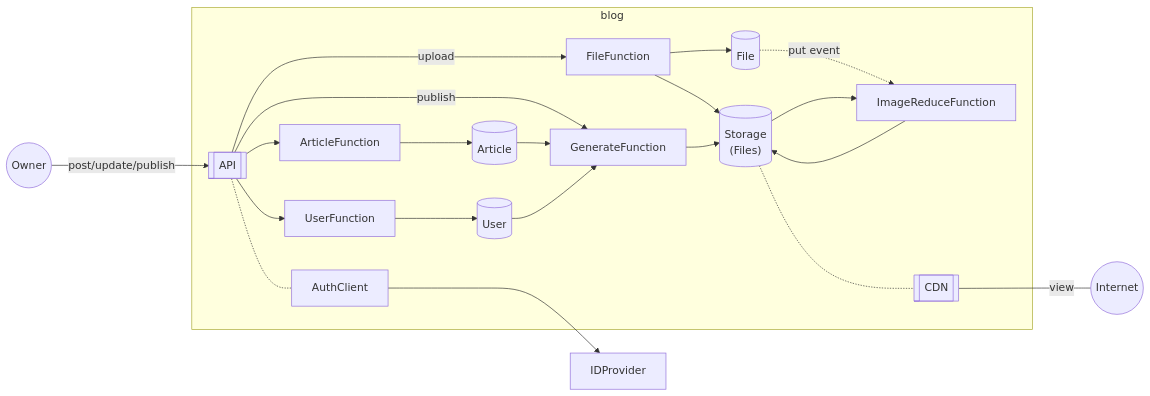
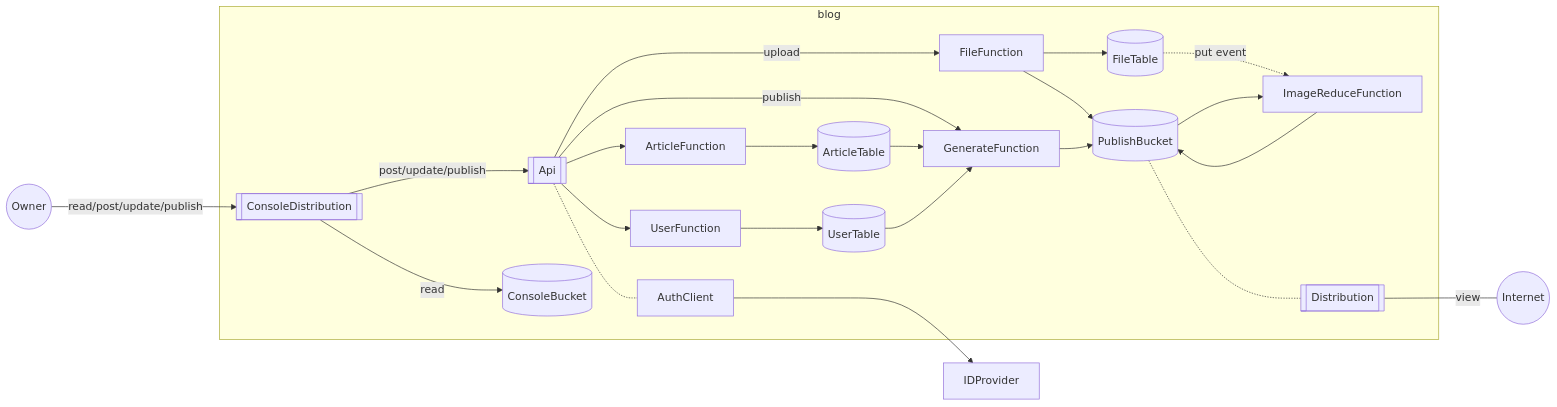
Before and after one commit to yunomu/blog: the diagram in README.md, drawn with Mermaid.

````diff
--- a/README.md
+++ b/README.md
@@ -5,40 +5,44 @@
 ```mermaid
 graph LR
   subgraph blog
-    Article[(Article)]
-    User[(User)]
-    File[(File)]
-    Storage[("Storage\n(Files)")]
-    API[[API]]
+    Article[(ArticleTable)]
+    User[(UserTable)]
+    File[(FileTable)]
+    Storage[(PublishBucket)]
+    API[[Api]]
     ArticleFunction
     UserFunction
     FileFunction
     ImageReduceFunction
     AuthClient
     GenerateFunction
-    CDN[[CDN]]
+    CDN[[Distribution]]
+    ConsoleCDN[[ConsoleDistribution]]
+    ConsoleBucket[(ConsoleBucket)]
   end
 
   Owner((Owner))
   Internet((Internet))
 
-  Owner -- "post/update/publish" --> API
+  Owner -- "read/post/update/publish" --> ConsoleCDN
+  ConsoleCDN -- "post/update/publish" --> API
+  ConsoleCDN -- "read" --> ConsoleBucket
   ArticleFunction --> Article
   UserFunction --> User
   API --> ArticleFunction
   API --> UserFunction
   API --upload--> FileFunction
   API -.- AuthClient
   AuthClient ---> IDProvider
   API -- publish --> GenerateFunction
   Article --> GenerateFunction
   User --> GenerateFunction
   FileFunction --> Storage
   GenerateFunction --> Storage
   FileFunction --> File
   Storage -.- CDN
   File -.put event.-> ImageReduceFunction
   Storage --> ImageReduceFunction
   ImageReduceFunction --> Storage
   CDN -- view--- Internet
 ```
````
